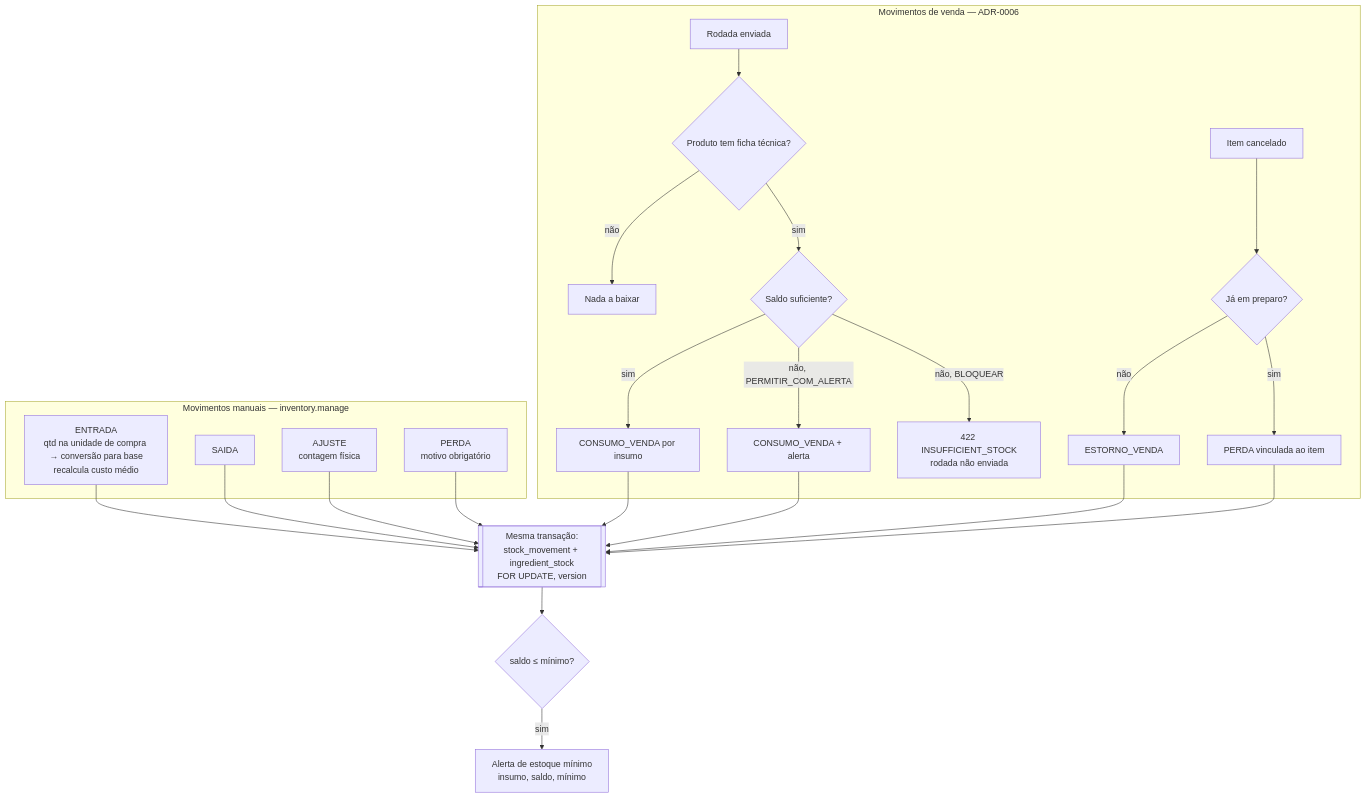
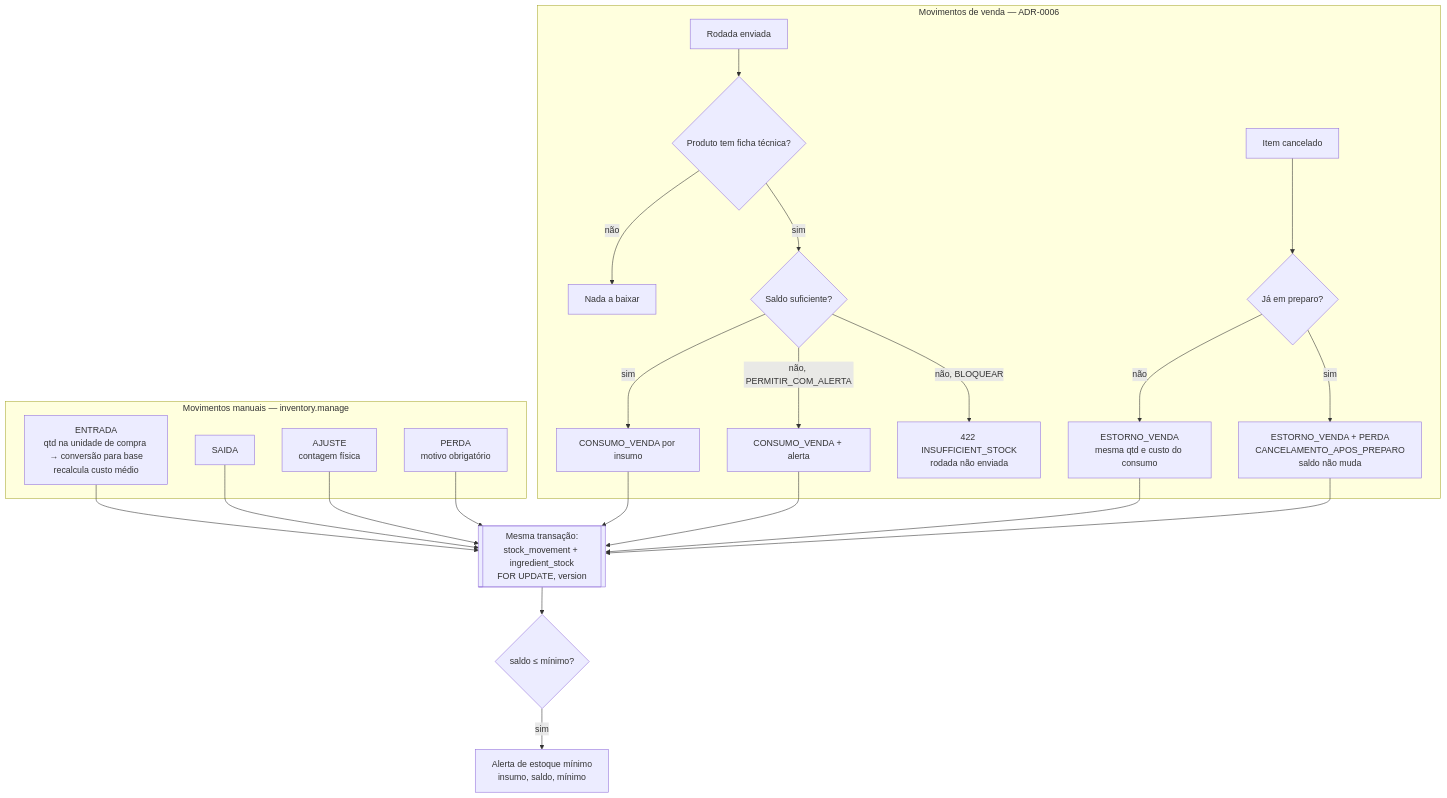
The diagram in maps/stock/fluxo-estoque.md (marlonerick/erp-mesa-restaurante), drawn with Mermaid before and after one commit. The commit also changed other lines of this file and 66 other files, not shown here.

````diff
--- a/maps/stock/fluxo-estoque.md
+++ b/maps/stock/fluxo-estoque.md
@@ -3,25 +3,25 @@
 ```mermaid
 flowchart TD
   subgraph Manual[Movimentos manuais — inventory.manage]
     E[ENTRADA<br/>qtd na unidade de compra → conversão para base<br/>recalcula custo médio]
     S[SAIDA]
     A[AJUSTE<br/>contagem física]
     P[PERDA<br/>motivo obrigatório]
   end
 
   subgraph Venda[Movimentos de venda — ADR-0006]
     RS[Rodada enviada] --> F{Produto tem ficha técnica?}
     F -- não --> N[Nada a baixar]
     F -- sim --> POL{Saldo suficiente?}
     POL -- sim --> CV[CONSUMO_VENDA por insumo]
     POL -- não, PERMITIR_COM_ALERTA --> CVA[CONSUMO_VENDA + alerta]
     POL -- não, BLOQUEAR --> ERR[422 INSUFFICIENT_STOCK<br/>rodada não enviada]
     CAN[Item cancelado] --> Q{Já em preparo?}
-    Q -- não --> EST[ESTORNO_VENDA]
-    Q -- sim --> PER[PERDA vinculada ao item]
+    Q -- não --> EST[ESTORNO_VENDA<br/>mesma qtd e custo do consumo]
+    Q -- sim --> PER[ESTORNO_VENDA + PERDA<br/>CANCELAMENTO_APOS_PREPARO<br/>saldo não muda]
   end
 
   E & S & A & P & CV & CVA & EST & PER --> TX[[Mesma transação:<br/>stock_movement + ingredient_stock<br/>FOR UPDATE, version]]
   TX --> MIN{saldo ≤ mínimo?}
   MIN -- sim --> ALR[Alerta de estoque mínimo<br/>insumo, saldo, mínimo]
 ```
````
